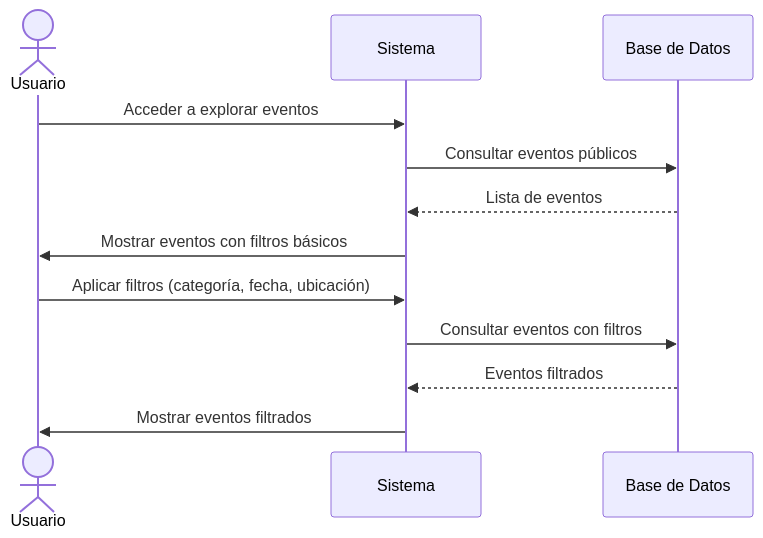
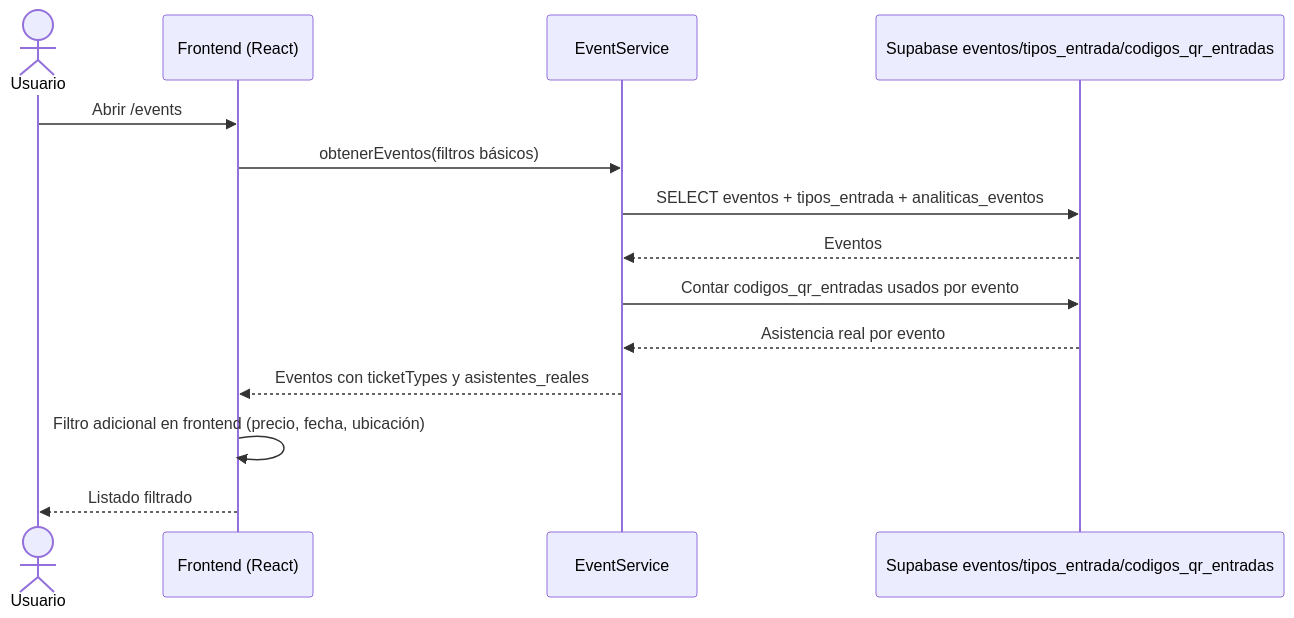
One commit to Deibyd07/Gestion-de-Eventos changed the sixth of 33 diagrams in Documentacion/Diagramas/Diagrama_Secuencias.md. Above: the diagram before and after it, drawn with Mermaid. The commit also changed other lines of this file, not shown here.

Commit message:
Update sequence diagrams to reflect actual implementation

````diff
--- a/Documentacion/Diagramas/Diagrama_Secuencias.md
+++ b/Documentacion/Diagramas/Diagrama_Secuencias.md
@@ -136,15 +110,17 @@
 ```mermaid
 sequenceDiagram
     actor Usuario
-    participant Sistema
-    participant BD as Base de Datos
-    
-    Usuario->>Sistema: Acceder a explorar eventos
-    Sistema->>BD: Consultar eventos públicos
-    BD-->>Sistema: Lista de eventos
-    Sistema->>Usuario: Mostrar eventos con filtros básicos
-    Usuario->>Sistema: Aplicar filtros (categoría, fecha, ubicación)
-    Sistema->>BD: Consultar eventos con filtros
-    BD-->>Sistema: Eventos filtrados
-    Sistema->>Usuario: Mostrar eventos filtrados
+    participant App as Frontend (React)
+    participant EventSvc as EventService
+    participant BD as Supabase eventos/tipos_entrada/codigos_qr_entradas
+
+    Usuario->>App: Abrir /events
+    App->>EventSvc: obtenerEventos(filtros básicos)
+    EventSvc->>BD: SELECT eventos + tipos_entrada + analiticas_eventos
+    BD-->>EventSvc: Eventos
+    EventSvc->>BD: Contar codigos_qr_entradas usados por evento
+    BD-->>EventSvc: Asistencia real por evento
+    EventSvc-->>App: Eventos con ticketTypes y asistentes_reales
+    App->>App: Filtro adicional en frontend (precio, fecha, ubicación)
+    App-->>Usuario: Listado filtrado
 ```
````
